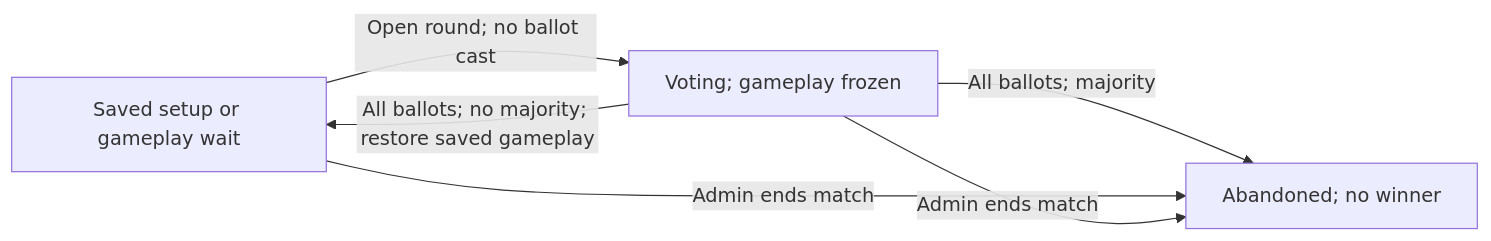
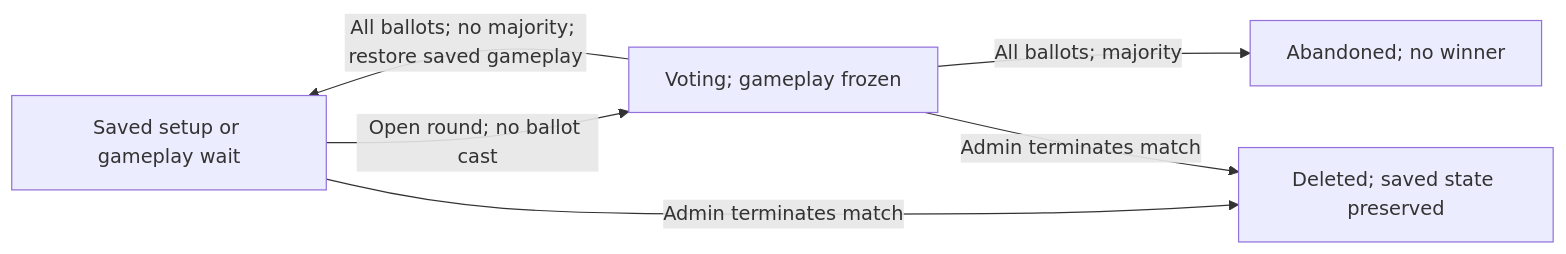
The diagram in ARCHITECTURE.md (davelawson/grim), drawn with Mermaid before and after one commit. The commit also changed other lines of this file and 21 other files, not shown here.

````diff
--- a/ARCHITECTURE.md
+++ b/ARCHITECTURE.md
@@ -249,8 +344,8 @@
 ```mermaid
 flowchart LR
     W[Saved setup or gameplay wait] -->|Open round; no ballot cast| V[Voting; gameplay frozen]
     V -->|All ballots; no majority; restore saved gameplay| W
     V -->|All ballots; majority| A[Abandoned; no winner]
-    W -->|Admin ends match| A
-    V -->|Admin ends match| A
+    W -->|Admin terminates match| D[Deleted; saved state preserved]
+    V -->|Admin terminates match| D
 ```
````
